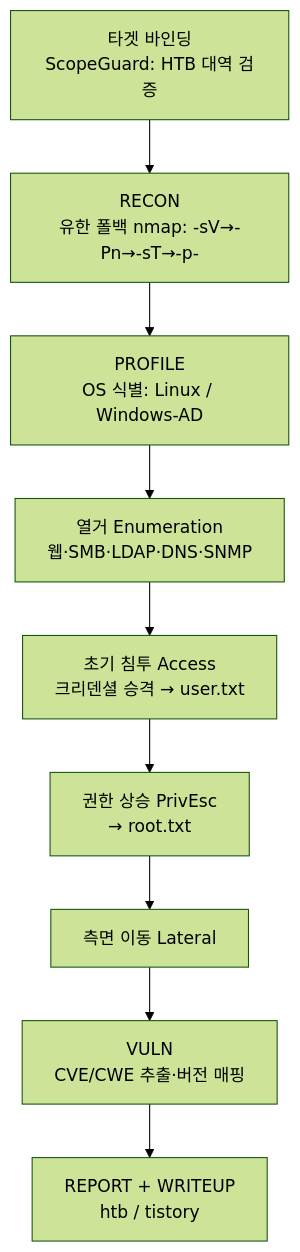
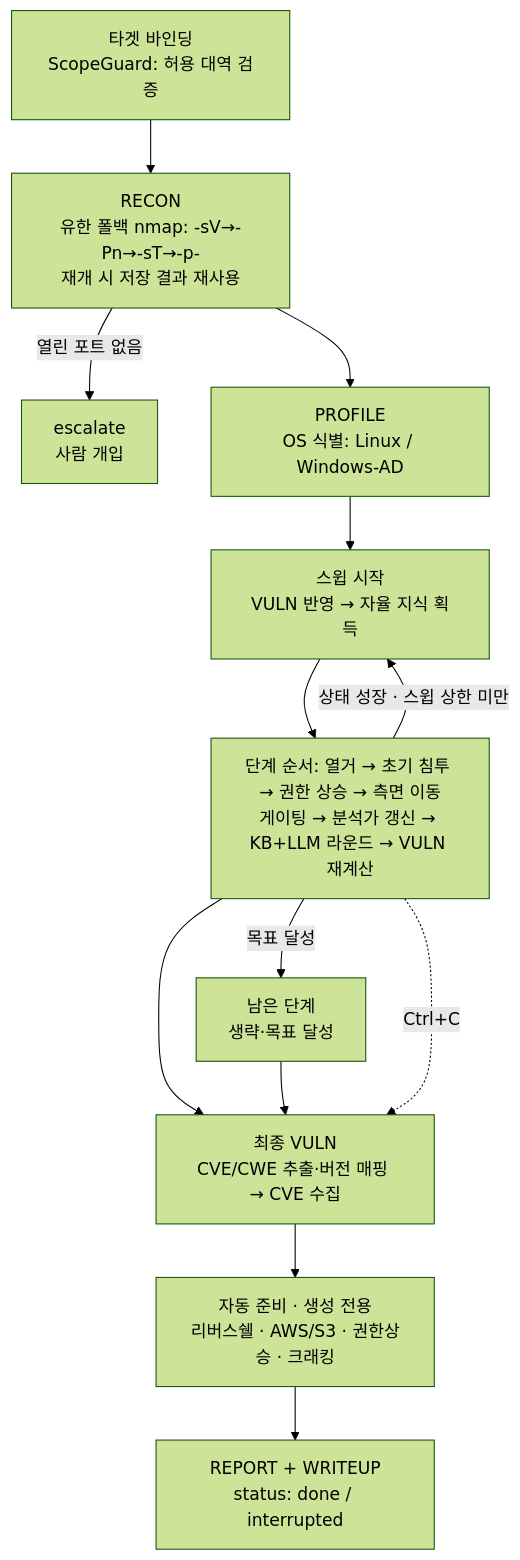
The first of 2 diagrams in htb-agent/docs/ARCHITECTURE.md (HyungJinKwon/Blog_Custom_Skin), drawn with Mermaid (forest theme) before and after one commit. The commit also changed other lines of this file and 9 other files, not shown here.

First line of the commit message:
docs(all): 전체 문서 최신화 + 심사용 HTML 리포트에 최신 능력 노출(schema 1.4)

````diff
--- a/htb-agent/docs/ARCHITECTURE.md
+++ b/htb-agent/docs/ARCHITECTURE.md
@@ -19,11 +19,15 @@
 ```mermaid
 flowchart TD
-  BIND[타겟 바인딩<br/>ScopeGuard: HTB 대역 검증] --> RECON[RECON<br/>유한 폴백 nmap: -sV→-Pn→-sT→-p-]
+  BIND[타겟 바인딩<br/>ScopeGuard: 허용 대역 검증] --> RECON[RECON<br/>유한 폴백 nmap: -sV→-Pn→-sT→-p-<br/>재개 시 저장 결과 재사용]
+  RECON -->|열린 포트 없음| ESC[escalate<br/>사람 개입]
   RECON --> PROFILE[PROFILE<br/>OS 식별: Linux / Windows-AD]
-  PROFILE --> ENUM[열거 Enumeration<br/>웹·SMB·LDAP·DNS·SNMP]
-  ENUM --> ACCESS[초기 침투 Access<br/>크리덴셜 승격 → user.txt]
-  ACCESS --> PRIV[권한 상승 PrivEsc<br/>→ root.txt]
-  PRIV --> LAT[측면 이동 Lateral]
-  LAT --> VULN[VULN<br/>CVE/CWE 추출·버전 매핑]
-  VULN --> REPORT[REPORT + WRITEUP<br/>htb / tistory]
+  PROFILE --> SWEEP[스윕 시작<br/>VULN 반영 → 자율 지식 획득]
+  SWEEP --> PH[단계 순서: 열거 → 초기 침투 → 권한 상승 → 측면 이동<br/>게이팅 → 분석가 갱신 → KB+LLM 라운드 → VULN 재계산]
+  PH -->|목표 달성| SKIP[남은 단계<br/>생략·목표 달성]
+  PH -->|상태 성장 · 스윕 상한 미만| SWEEP
+  PH --> FIN[최종 VULN<br/>CVE/CWE 추출·버전 매핑 → CVE 수집]
+  SKIP --> FIN
+  PH -.Ctrl+C.-> FIN
+  FIN --> PREP[자동 준비 · 생성 전용<br/>리버스쉘 · AWS/S3 · 권한상승 · 크래킹]
+  PREP --> REPORT[REPORT + WRITEUP<br/>status: done / interrupted]
 ```
````
